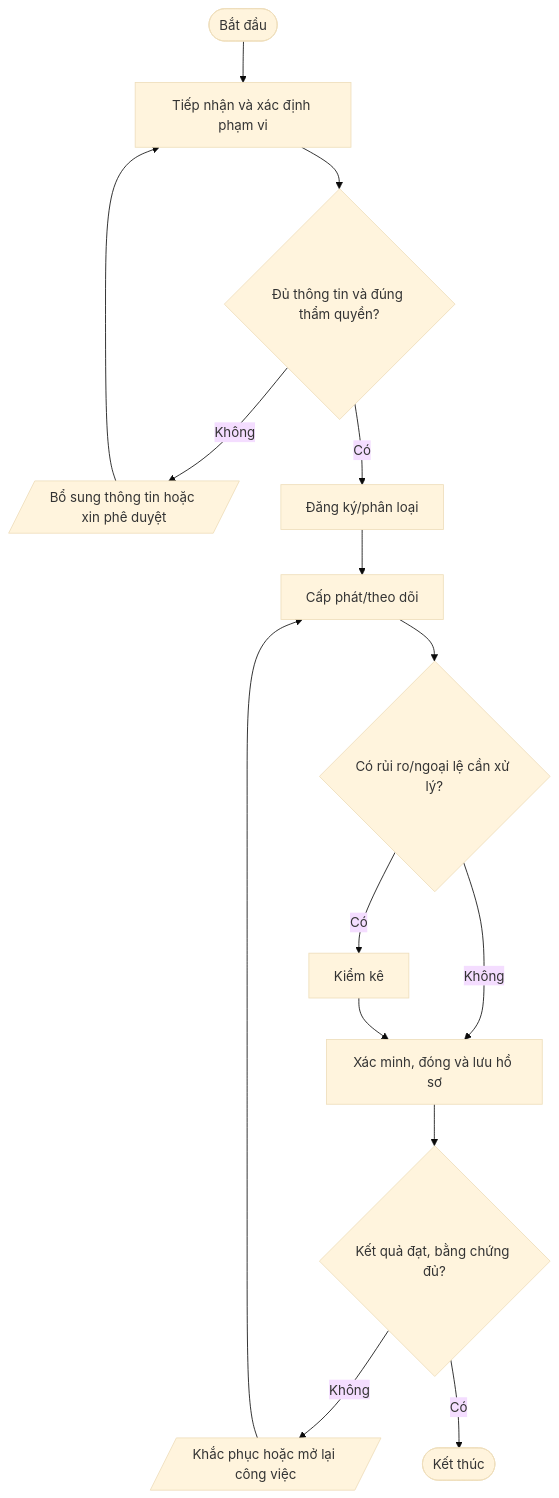
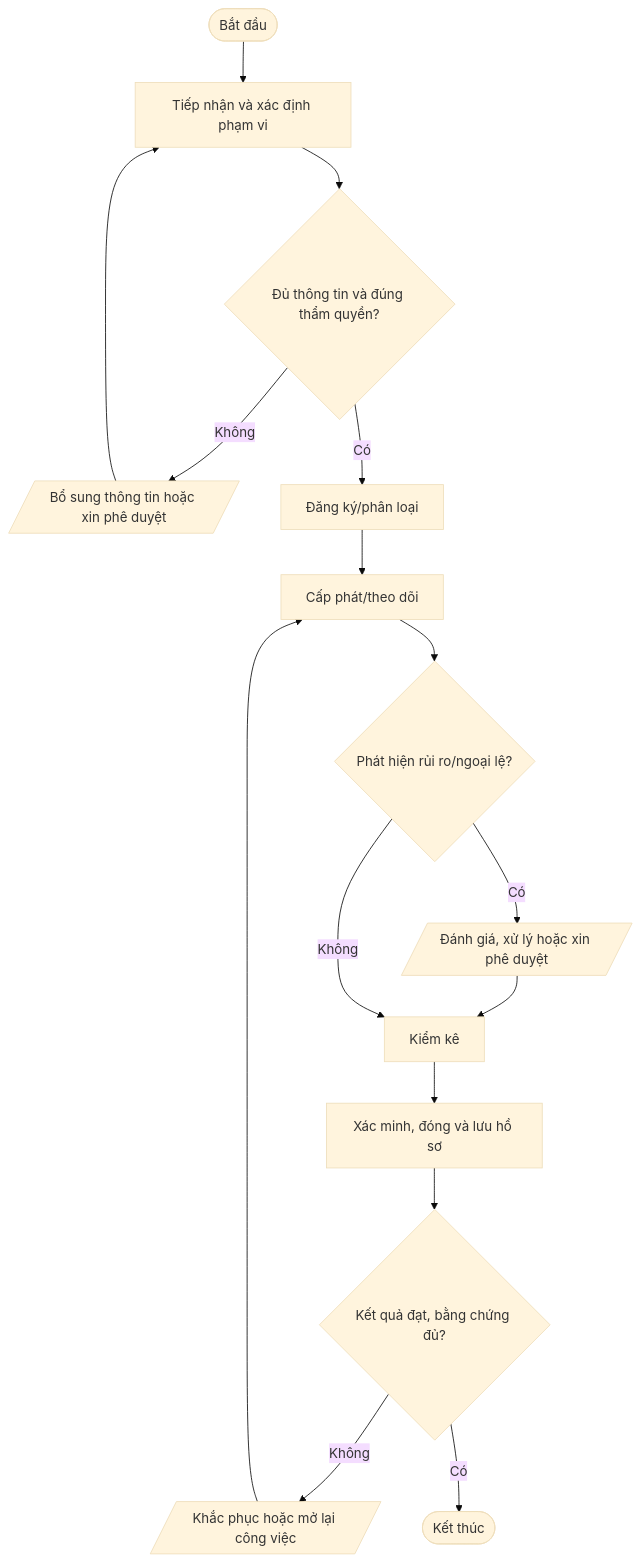
Before and after one commit to daoaigiangnam/Quy_Trinh_Chuan: the fourth of 9 diagrams in quy-trinh/02-Van-hanh-IT/README.md, drawn with Mermaid (base theme). The commit also changed other lines of this file, not shown here.

Commit message:
docs: correct procedure flowchart decision paths

````diff
--- a/quy-trinh/02-Van-hanh-IT/README.md
+++ b/quy-trinh/02-Van-hanh-IT/README.md
@@ -319,17 +322,18 @@
 ```mermaid
 flowchart TD
   A([Bắt đầu]) --> S1["Tiếp nhận và xác định phạm vi"]
   S1 --> D1{"Đủ thông tin và đúng thẩm quyền?"}
   D1 -- Không --> F1[/"Bổ sung thông tin hoặc xin phê duyệt"/]
   F1 --> S1
   D1 -- Có --> S2["Đăng ký/phân loại"]
   S2 --> S3["Cấp phát/theo dõi"]
-  S3 --> D2{"Có rủi ro/ngoại lệ cần xử lý?"}
-  D2 -- Có --> S4["Kiểm kê"]
-  D2 -- Không --> S5["Xác minh, đóng và lưu hồ sơ"]
-  S4 --> S5
+  S3 --> D2{"Phát hiện rủi ro/ngoại lệ?"}
+  D2 -- Có --> RISK[/"Đánh giá, xử lý hoặc xin phê duyệt"/]
+  RISK --> S4["Kiểm kê"]
+  D2 -- Không --> S4
+  S4 --> S5["Xác minh, đóng và lưu hồ sơ"]
   S5 --> D3{"Kết quả đạt, bằng chứng đủ?"}
   D3 -- Không --> R[/"Khắc phục hoặc mở lại công việc"/]
   R --> S3
   D3 -- Có --> Z([Kết thúc])
 ```
````
